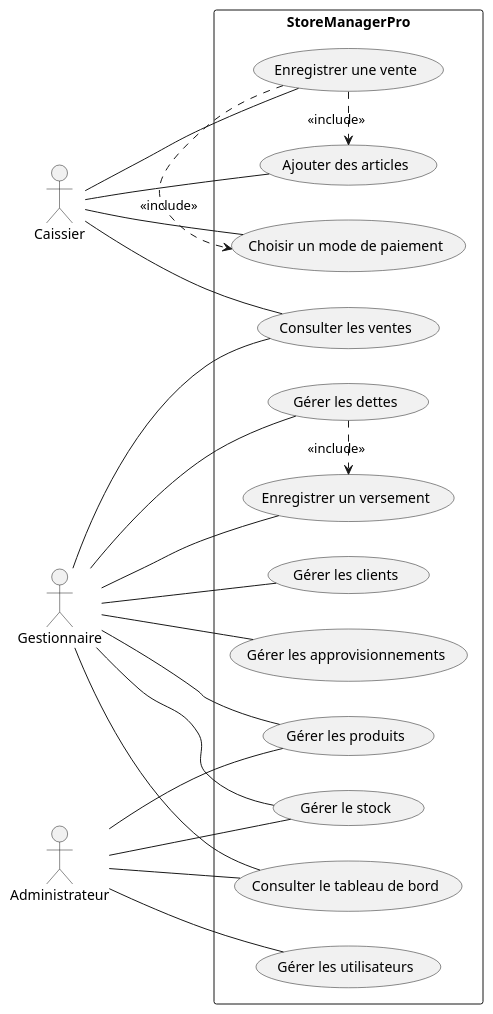
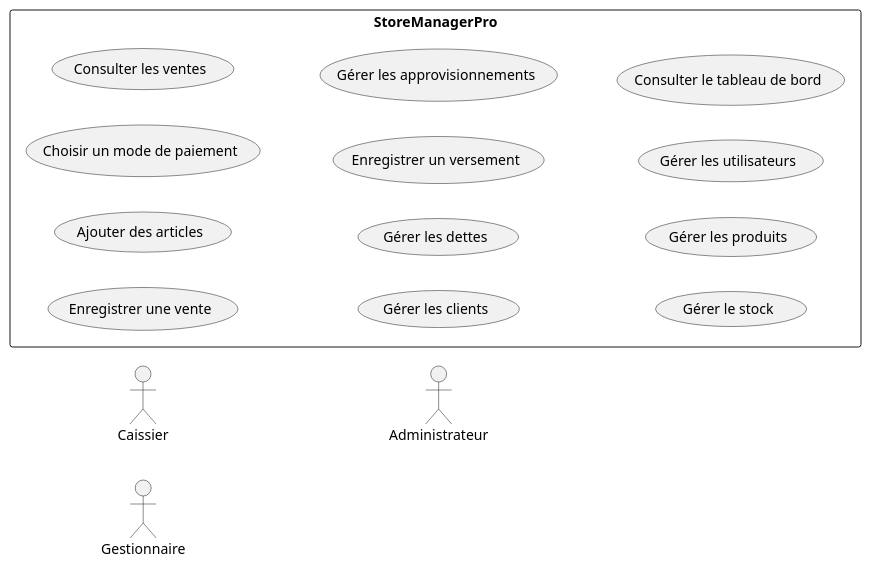
One commit to 123mouhametba123-blip/STORE_MANAGERS changed the diagram in uml/use.puml. Above: the diagram before and after it, drawn with PlantUML. The commit also changed 1 other file, not shown here.

```diff
--- a/uml/use.puml
+++ b/uml/use.puml
@@ -1,48 +1,26 @@
 @startuml j
 left to right direction
 
 actor Caissier
 actor Gestionnaire
 actor Administrateur
 
 rectangle StoreManagerPro {
 
   
   usecase "Enregistrer une vente" as UC2
   usecase "Ajouter des articles" as UC3
   usecase "Choisir un mode de paiement" as UC4
   usecase "Consulter les ventes" as UC5
   usecase "Gérer les clients" as UC6
   usecase "Gérer les dettes" as UC7
   usecase "Enregistrer un versement" as UC8
   usecase "Gérer les approvisionnements" as UC9
   usecase "Gérer le stock" as UC10
   usecase "Gérer les produits" as UC11
   usecase "Gérer les utilisateurs" as UC12
   usecase "Consulter le tableau de bord" as UC13
 }
 
-Caissier -- UC2
-Caissier -- UC3
-Caissier -- UC4
-Caissier -- UC5
-
-Gestionnaire -- UC5
-Gestionnaire -- UC6
-Gestionnaire -- UC7
-Gestionnaire -- UC8
-Gestionnaire -- UC9
-Gestionnaire -- UC10
-Gestionnaire -- UC11
-Gestionnaire -- UC13
-
-Administrateur -- UC12
-Administrateur -- UC13
-Administrateur -- UC11
-Administrateur -- UC10
-
-UC2 .> UC3 : <<include>>
-UC2 .> UC4 : <<include>>
-UC7 .> UC8 : <<include>>
 
 @enduml
```
